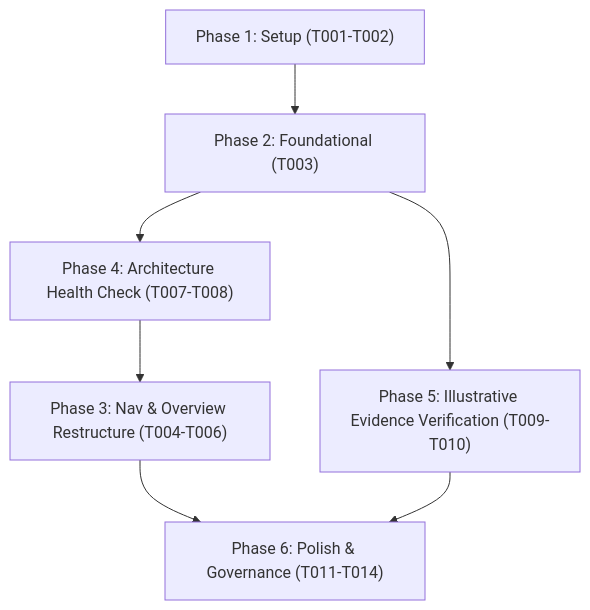
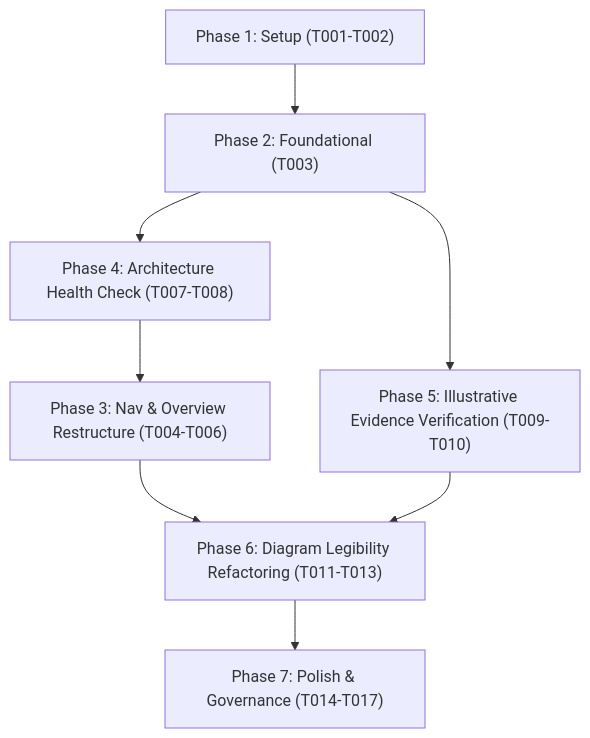
Before and after one commit to avfranco-br/portfolio: the diagram in specs/005-sop-structure-reorg/tasks.md, drawn with Mermaid. The commit also changed other lines of this file and 9 other files, not shown here.

Commit message:
[Spec Kit] Refactor Mermaid diagrams for legibility and add responsive container styling

````diff
--- a/specs/005-sop-structure-reorg/tasks.md
+++ b/specs/005-sop-structure-reorg/tasks.md
@@ -84,16 +98,18 @@
 ```mermaid
 flowchart TD
     Setup["Phase 1: Setup (T001-T002)"]
     Foundational["Phase 2: Foundational (T003)"]
     US2["Phase 4: Architecture Health Check (T007-T008)"]
     US1["Phase 3: Nav & Overview Restructure (T004-T006)"]
     US3["Phase 5: Illustrative Evidence Verification (T009-T010)"]
-    Polish["Phase 6: Polish & Governance (T011-T014)"]
+    US4["Phase 6: Diagram Legibility Refactoring (T011-T013)"]
+    Polish["Phase 7: Polish & Governance (T014-T017)"]
 
     Setup --> Foundational
     Foundational --> US2
     US2 --> US1
     Foundational --> US3
-    US1 --> Polish
-    US3 --> Polish
+    US1 --> US4
+    US3 --> US4
+    US4 --> Polish
 ```
````
